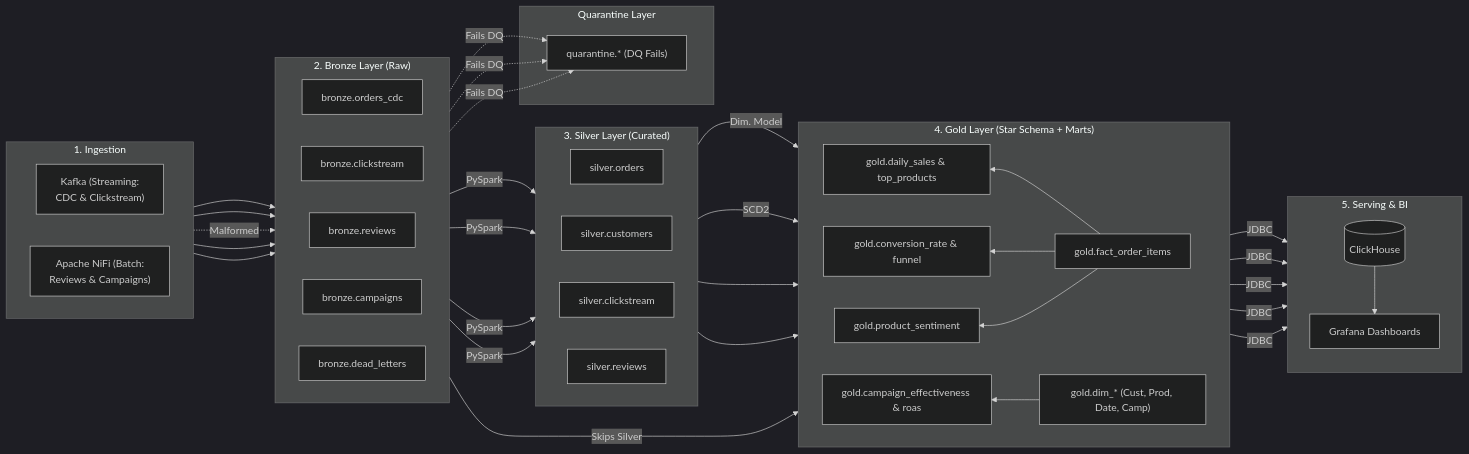
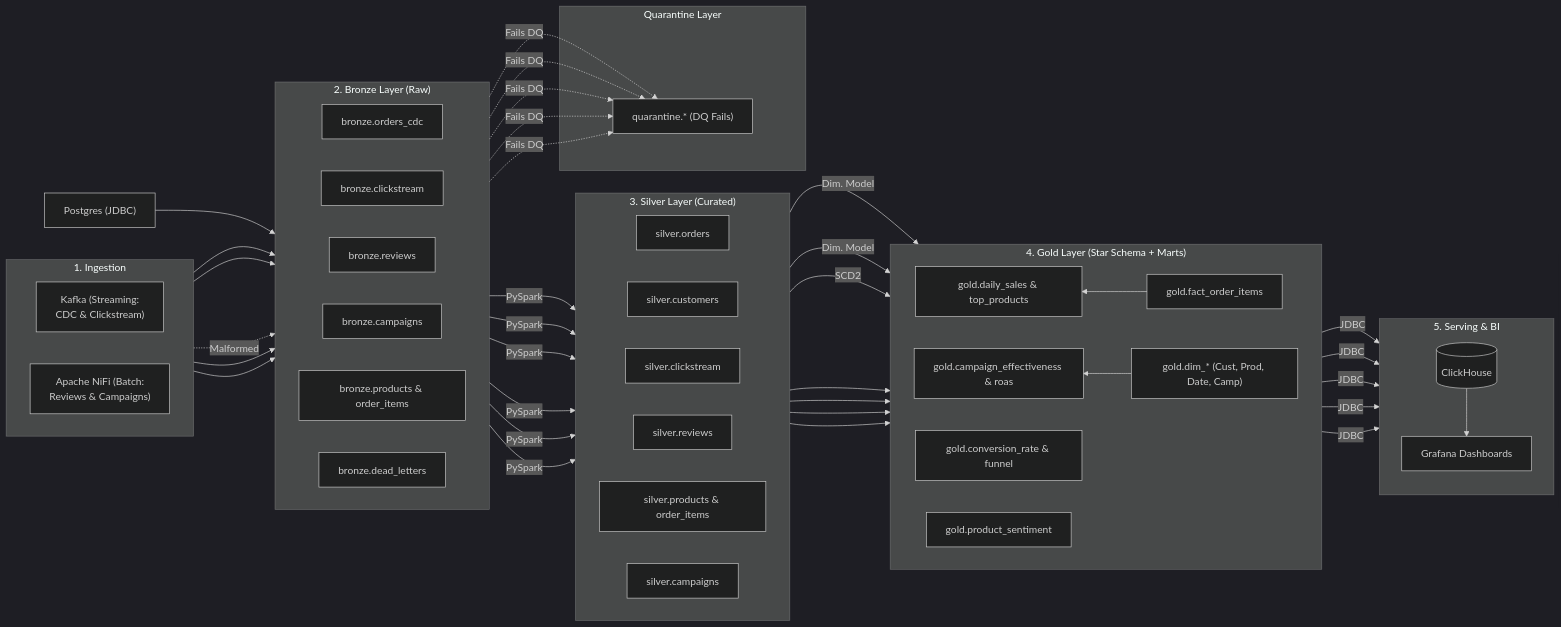
One commit to Mr-Number-One-Learning/dataone changed the first of 3 diagrams in docs/DATA_MODELING.md. Above: the diagram before and after it, drawn with Mermaid (dark theme). The commit also changed other lines of this file and 22 other files, not shown here.

```diff
--- a/docs/DATA_MODELING.md
+++ b/docs/DATA_MODELING.md
@@ -27,6 +27,7 @@
         b_click["bronze.clickstream"]
         b_rev["bronze.reviews"]
         b_camp["bronze.campaigns"]
+        b_prod["bronze.products & order_items"]
         b_dlq["bronze.dead_letters"]
     end
 
@@ -36,6 +37,8 @@
         s_cust["silver.customers"]
         s_click["silver.clickstream"]
         s_rev["silver.reviews"]
+        s_prod["silver.products & order_items"]
+        s_camp["silver.campaigns"]
     end
 
     subgraph Gold ["4. Gold Layer (Star Schema + Marts)"]
@@ -64,27 +67,32 @@
     Kafka -.->|"Malformed"| b_dlq
     NiFi --> b_camp
     NiFi --> b_rev
+    Postgres["Postgres (JDBC)"] --> b_prod
 
     %% Bronze -> Silver
     b_cdc -->|"PySpark"| s_orders
     b_cdc -->|"PySpark"| s_cust
     b_click -->|"PySpark"| s_click
     b_rev -->|"PySpark"| s_rev
+    b_prod -->|"PySpark"| s_prod
+    b_camp -->|"PySpark"| s_camp
     
     %% DQ Fails (Routed to Quarantine)
     b_cdc -.->|"Fails DQ"| q_tables
     b_click -.->|"Fails DQ"| q_tables
     b_rev -.->|"Fails DQ"| q_tables
+    b_prod -.->|"Fails DQ"| q_tables
+    b_camp -.->|"Fails DQ"| q_tables
 
     %% Silver -> Gold (Star Schema)
     s_orders -->|"Dim. Model"| g_fact
+    s_prod -->|"Dim. Model"| g_fact
     s_cust -->|"SCD2"| g_dims
-    b_camp -->|"Skips Silver"| g_dims
+    s_prod --> g_dims
+    s_camp --> g_dims
     
     %% Star Schema -> Gold (Marts)
     g_fact --> g_sales
-    g_fact --> g_conv
-    g_fact --> g_sent
     s_click --> g_conv
     s_rev --> g_sent
     g_dims --> g_camp
```
